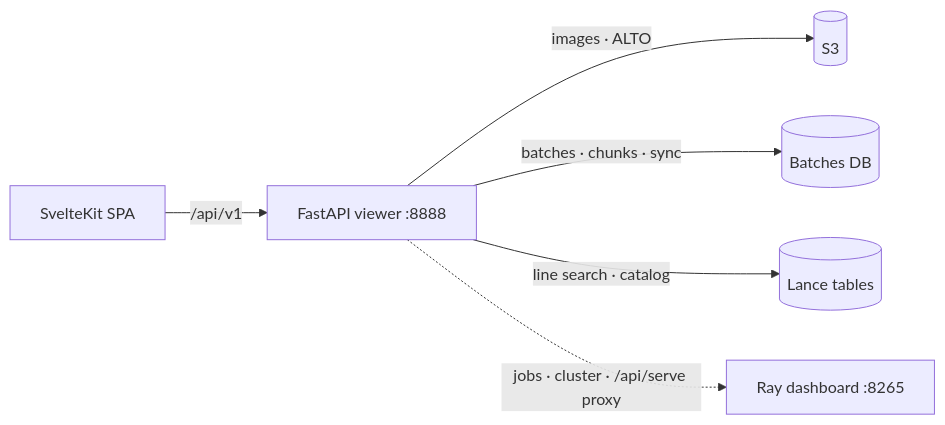
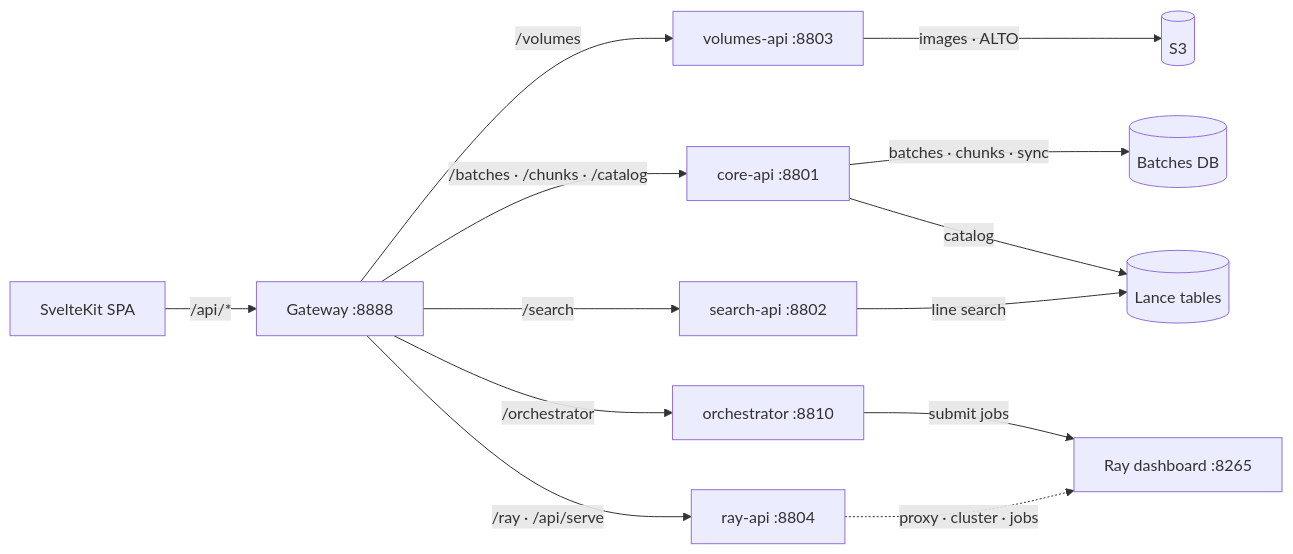
One commit to AI-Riksarkivet/rask changed the third of 3 diagrams in docs/architecture/data-flow.md. Above: the diagram before and after it, drawn with Mermaid. The commit also changed other lines of this file and 18 other files, not shown here.

Commit message:
docs: refresh living docs for the post-strangler architecture (gateway + per-domain services + core brick)

````diff
--- a/docs/architecture/data-flow.md
+++ b/docs/architecture/data-flow.md
@@ -78,8 +79,15 @@
 ```mermaid
 flowchart LR
-    spa["SvelteKit SPA"] -->|/api/v1| api["FastAPI viewer :8888"]
-    api -->|images · ALTO| s3[("S3")]
-    api -->|batches · chunks · sync| db[("Batches DB")]
-    api -->|line search · catalog| lance[("Lance tables")]
-    api -.->|jobs · cluster · /api/serve proxy| ray["Ray dashboard :8265"]
+    spa["SvelteKit SPA"] -->|/api/*| gw["Gateway :8888"]
+    gw -->|/volumes| vols["volumes-api :8803"]
+    gw -->|/batches · /chunks · /catalog| core["core-api :8801"]
+    gw -->|/search| srch["search-api :8802"]
+    gw -->|/ray · /api/serve| rayapi["ray-api :8804"]
+    gw -->|/orchestrator| orch["orchestrator :8810"]
+    vols -->|images · ALTO| s3[("S3")]
+    core -->|batches · chunks · sync| db[("Batches DB")]
+    core -->|catalog| lance[("Lance tables")]
+    srch -->|line search| lance
+    orch -->|submit jobs| ray["Ray dashboard :8265"]
+    rayapi -.->|proxy · cluster · jobs| ray
 ```
````
